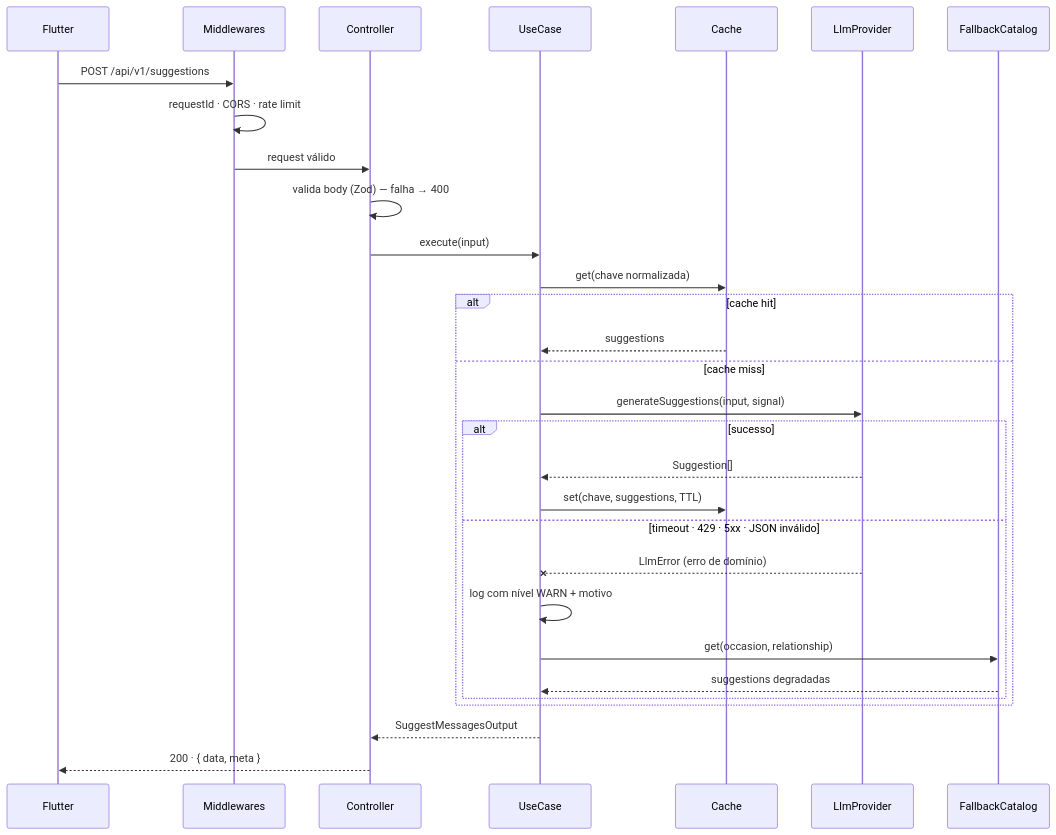
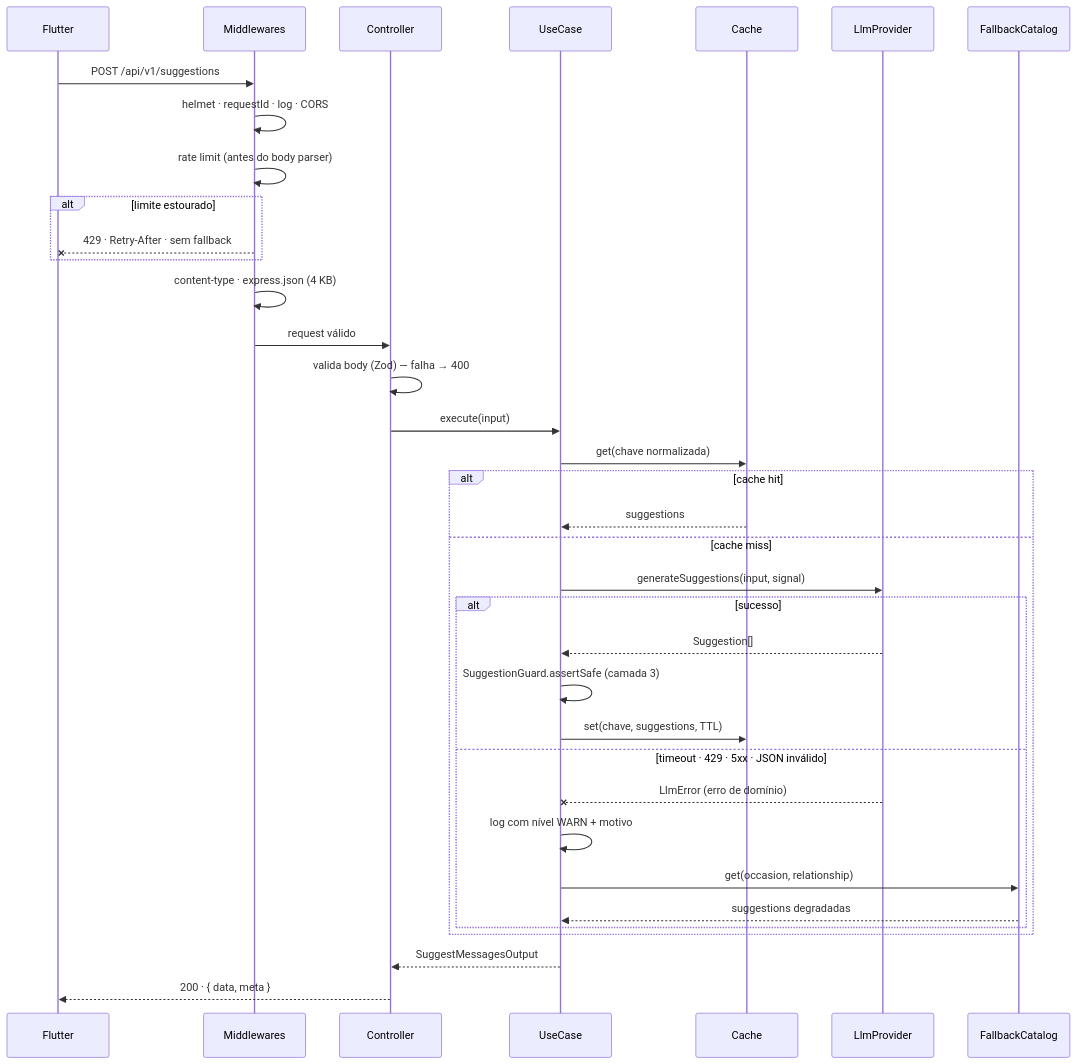
Before and after one commit to smash-gift/fullstack-dev-test: the diagram in docs/01-architecture/backend.md, drawn with Mermaid. The commit also changed other lines of this file and 32 other files, not shown here.

````diff
--- a/docs/01-architecture/backend.md
+++ b/docs/01-architecture/backend.md
@@ -128,33 +130,39 @@
 ```mermaid
 sequenceDiagram
     participant F as Flutter
     participant M as Middlewares
     participant C as Controller
     participant U as UseCase
     participant K as Cache
     participant P as LlmProvider
     participant B as FallbackCatalog
 
     F->>M: POST /api/v1/suggestions
-    M->>M: requestId · CORS · rate limit
+    M->>M: helmet · requestId · log · CORS
+    M->>M: rate limit (antes do body parser)
+    alt limite estourado
+        M--xF: 429 · Retry-After · sem fallback
+    end
+    M->>M: content-type · express.json (4 KB)
     M->>C: request válido
     C->>C: valida body (Zod) — falha → 400
     C->>U: execute(input)
     U->>K: get(chave normalizada)
     alt cache hit
         K-->>U: suggestions
     else cache miss
         U->>P: generateSuggestions(input, signal)
         alt sucesso
             P-->>U: Suggestion[]
+            U->>U: SuggestionGuard.assertSafe (camada 3)
             U->>K: set(chave, suggestions, TTL)
         else timeout · 429 · 5xx · JSON inválido
             P--xU: LlmError (erro de domínio)
             U->>U: log com nível WARN + motivo
             U->>B: get(occasion, relationship)
             B-->>U: suggestions degradadas
         end
     end
     U-->>C: SuggestMessagesOutput
     C-->>F: 200 · { data, meta }
 ```
````
